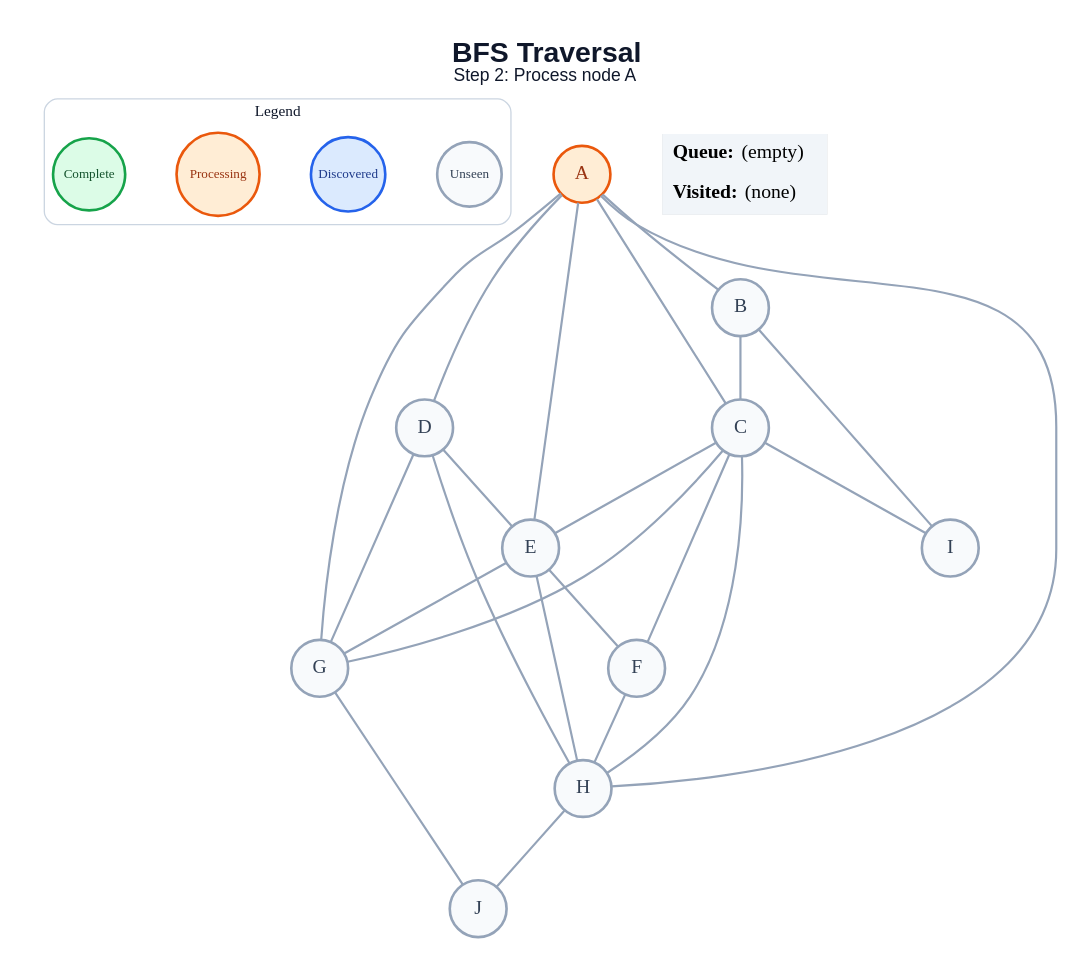
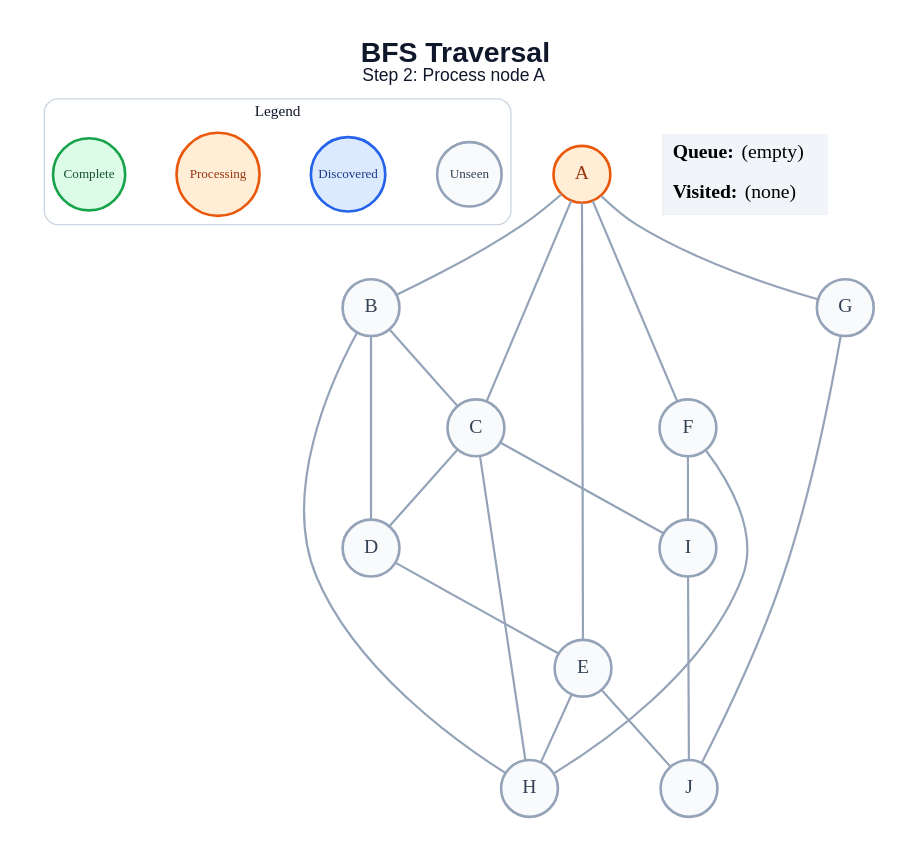
The diagram in generated/bfs/step_02.dot (amanghodawala9/ai-slop), drawn with Graphviz before and after one commit. The commit also changed 178 other files, not shown here.

```diff
--- a/generated/bfs/step_02.dot
+++ b/generated/bfs/step_02.dot
@@ -1,51 +1,47 @@
 graph traversal {
   graph [layout=dot, rankdir=TB, bgcolor="#FFFFFF", pad="0.35", nodesep="0.65", ranksep="0.8", fontname="Arial"];
   node [shape=circle, style="filled", fontname="Arial Bold", fontsize=18, width=0.72, fixedsize=true, penwidth=2.4];
   edge [color="#94A3B8", penwidth=2.0];
   label=<<B>BFS Traversal</B><BR/><FONT POINT-SIZE="16">Step 2: Process node A</FONT>>; labelloc="t"; fontsize=26; fontname="Arial"; fontcolor="#0F172A";
   subgraph cluster_legend { label="Legend"; color="#CBD5E1"; penwidth=1.2; style="rounded"; fontsize=14; fontname="Arial Bold";
     key_unseen [label="Unseen", fillcolor="#F8FAFC", color="#94A3B8", fontcolor="#334155", fontsize=12, width=0.82];
     key_frontier [label="Discovered", fillcolor="#DBEAFE", color="#2563EB", fontcolor="#1E3A8A", fontsize=12, width=0.95];
     key_current [label="Processing", fillcolor="#FFEDD5", color="#EA580C", fontcolor="#9A3412", fontsize=12, width=1.05];
     key_done [label="Complete", fillcolor="#DCFCE7", color="#16A34A", fontcolor="#14532D", fontsize=12, width=0.92];
     { rank=same; key_unseen; key_frontier; key_current; key_done; }
   }
   A [fillcolor="#FFEDD5", color="#EA580C", fontcolor="#9A3412"];
   B [fillcolor="#F8FAFC", color="#94A3B8", fontcolor="#334155"];
   C [fillcolor="#F8FAFC", color="#94A3B8", fontcolor="#334155"];
   D [fillcolor="#F8FAFC", color="#94A3B8", fontcolor="#334155"];
   E [fillcolor="#F8FAFC", color="#94A3B8", fontcolor="#334155"];
   F [fillcolor="#F8FAFC", color="#94A3B8", fontcolor="#334155"];
   G [fillcolor="#F8FAFC", color="#94A3B8", fontcolor="#334155"];
   H [fillcolor="#F8FAFC", color="#94A3B8", fontcolor="#334155"];
   I [fillcolor="#F8FAFC", color="#94A3B8", fontcolor="#334155"];
   J [fillcolor="#F8FAFC", color="#94A3B8", fontcolor="#334155"];
   A -- B;
   A -- C;
-  A -- D;
   A -- E;
+  A -- F;
   A -- G;
-  A -- H;
   B -- C;
-  B -- I;
-  C -- E;
-  C -- F;
-  C -- G;
+  B -- D;
+  B -- H;
+  C -- D;
   C -- H;
   C -- I;
   D -- E;
-  D -- G;
-  D -- H;
-  E -- F;
-  E -- G;
   E -- H;
+  E -- J;
   F -- H;
+  F -- I;
   G -- J;
-  H -- J;
+  I -- J;
   status [shape=plain, fixedsize=false, width=0, height=0, margin=0, label=<
     <TABLE BORDER="0" CELLBORDER="0" CELLPADDING="7" BGCOLOR="#F1F5F9">
       <TR><TD ALIGN="LEFT"><B>Queue:</B> (empty)</TD></TR>
       <TR><TD ALIGN="LEFT"><B>Visited:</B> (none)</TD></TR>
     </TABLE>
   >];
 }
```
